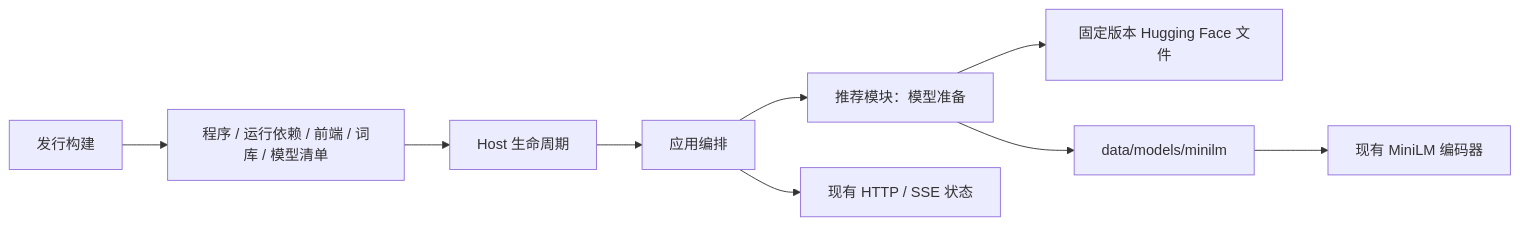
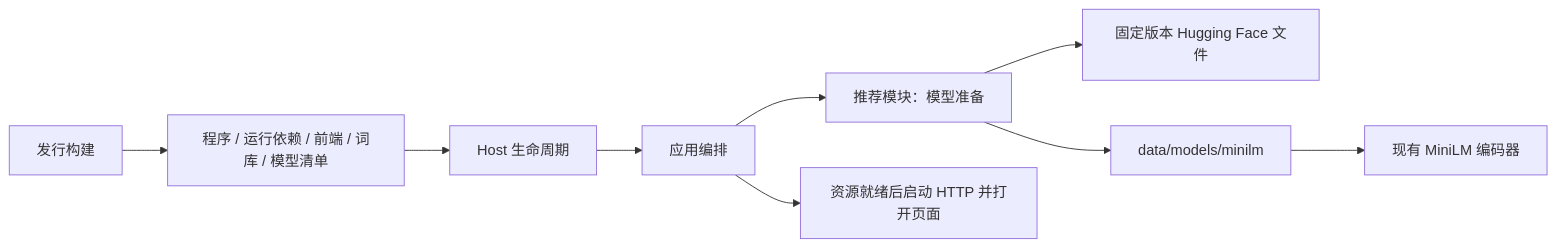
Before and after one commit to Lykr/pictide: the first of 2 diagrams in docs/dev/issues/minilm-startup-download.md, drawn with Mermaid. The commit also changed other lines of this file and 37 other files, not shown here.

````diff
--- a/docs/dev/issues/minilm-startup-download.md
+++ b/docs/dev/issues/minilm-startup-download.md
@@ -9,11 +9,11 @@
 ```mermaid
 flowchart LR
   Build[发行构建] --> Package[程序 / 运行依赖 / 前端 / 词库 / 模型清单]
   Package --> Host[Host 生命周期]
   Host --> App[应用编排]
   App --> Prepare[推荐模块：模型准备]
   Prepare --> Hub[固定版本 Hugging Face 文件]
   Prepare --> Models[data/models/minilm]
   Models --> Encoder[现有 MiniLM 编码器]
-  App --> UI[现有 HTTP / SSE 状态]
+  App --> Ready[资源就绪后启动 HTTP 并打开页面]
 ```
````
